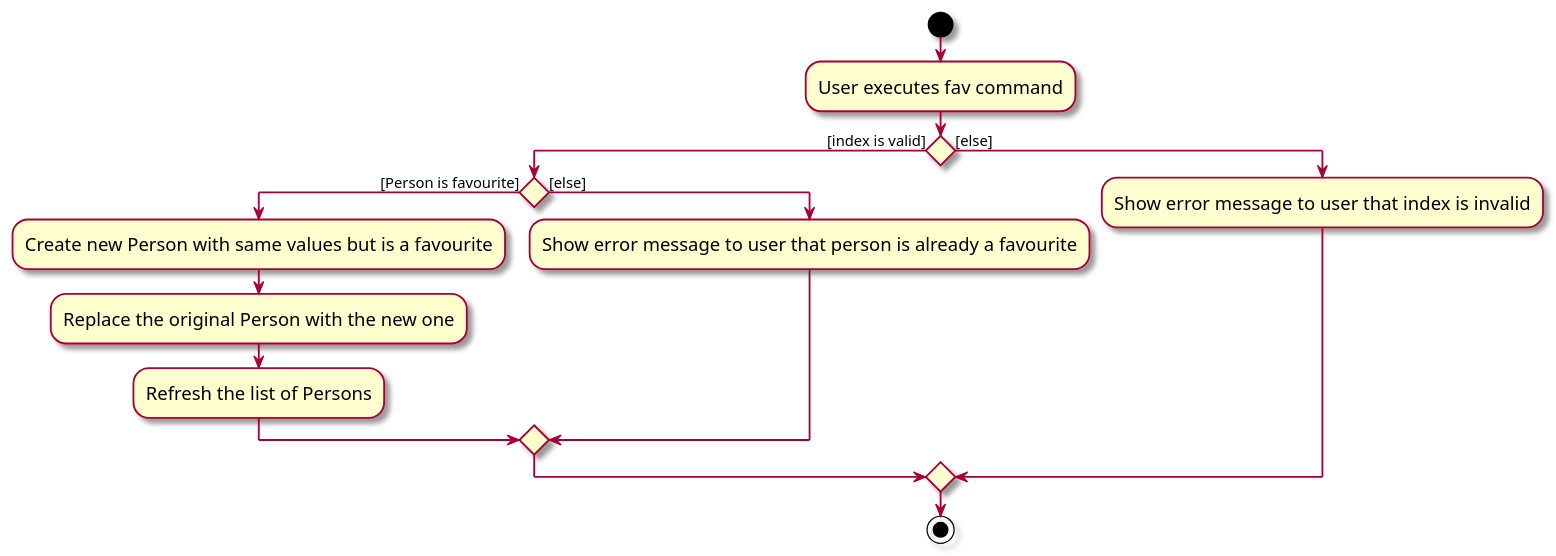
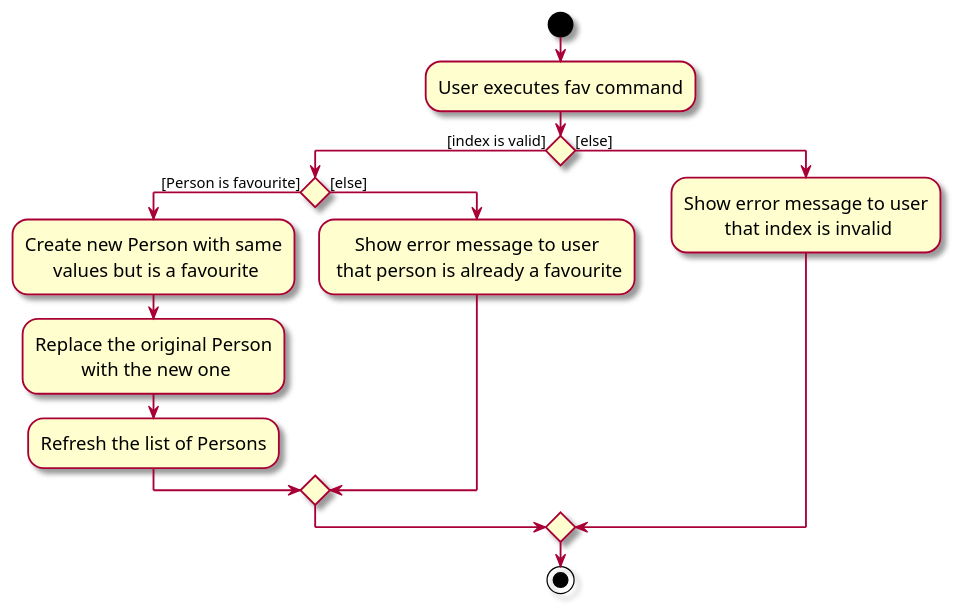
One commit to whitesnowx/tp changed the diagram in docs/diagrams/FavActivityDiagram.puml. Above: the diagram before and after it, drawn with PlantUML. The commit also changed 3 other files, not shown here.

Commit message:
Modify `fav` and `unfav` activity diagrams

```diff
--- a/docs/diagrams/FavActivityDiagram.puml
+++ b/docs/diagrams/FavActivityDiagram.puml
@@ -1,23 +1,25 @@
 @startuml
 skin rose
 skinparam ActivityFontSize 15
 skinparam ArrowFontSize 12
+skinparam DefaultTextAlignment center
+
 start
 :User executes fav command;
 
 'Since the beta syntax does not support placing the condition outside the
 'diamond we place it as the true branch instead.
 
 if () then ([index is valid])
     if () then ([Person is favourite])
-        :Create new Person with same values but is a favourite;
-        :Replace the original Person with the new one;
+        :Create new Person with same\n values but is a favourite;
+        :Replace the original Person\n with the new one;
         :Refresh the list of Persons;
     else ([else])
-        :Show error message to user that person is already a favourite;
+        :Show error message to user\n that person is already a favourite;
     endif
 else ([else])
-    :Show error message to user that index is invalid;
+    :Show error message to user\n that index is invalid;
 endif
 stop
 @enduml
```
